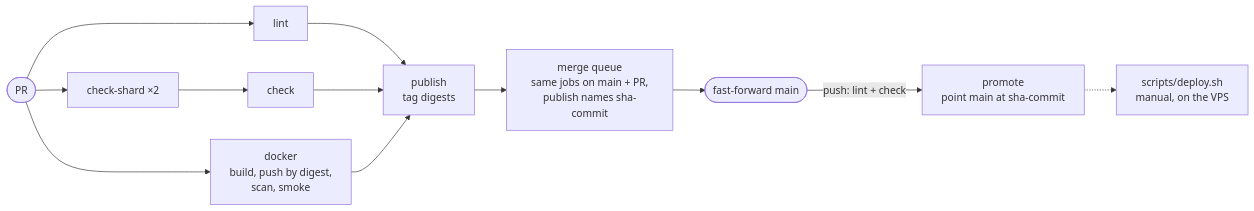
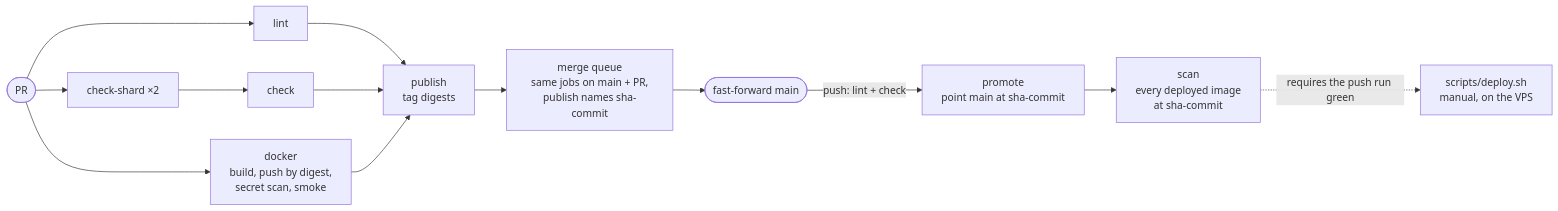
One commit to Projekt-Manager-Org/Projekt-Manager changed the third of 5 diagrams in ARCHITECTURE.md. Above: the diagram before and after it, drawn with Mermaid. The commit also changed other lines of this file and 7 other files, not shown here.

First line of the commit message:
fix(ci): scan every deployed image at the merged commit

````diff
--- a/ARCHITECTURE.md
+++ b/ARCHITECTURE.md
@@ -376,9 +376,10 @@
 ```mermaid
 flowchart LR
-  pr([PR]) --> lint & shard["check-shard ×2"] & docker["docker<br/>build, push by digest,<br/>scan, smoke"]
+  pr([PR]) --> lint & shard["check-shard ×2"] & docker["docker<br/>build, push by digest,<br/>secret scan, smoke"]
   shard --> check
   lint & check & docker --> publish["publish<br/>tag digests"]
   publish --> queue["merge queue<br/>same jobs on main + PR,<br/>publish names sha-commit"] --> merge([fast-forward main])
   merge -->|"push: lint + check"| promote["promote<br/>point main at sha-commit"]
-  promote -.-> deploy["scripts/deploy.sh<br/>manual, on the VPS"]
+  promote --> scan["scan<br/>every deployed image<br/>at sha-commit"]
+  scan -.->|"requires the push run green"| deploy["scripts/deploy.sh<br/>manual, on the VPS"]
 ```
````
